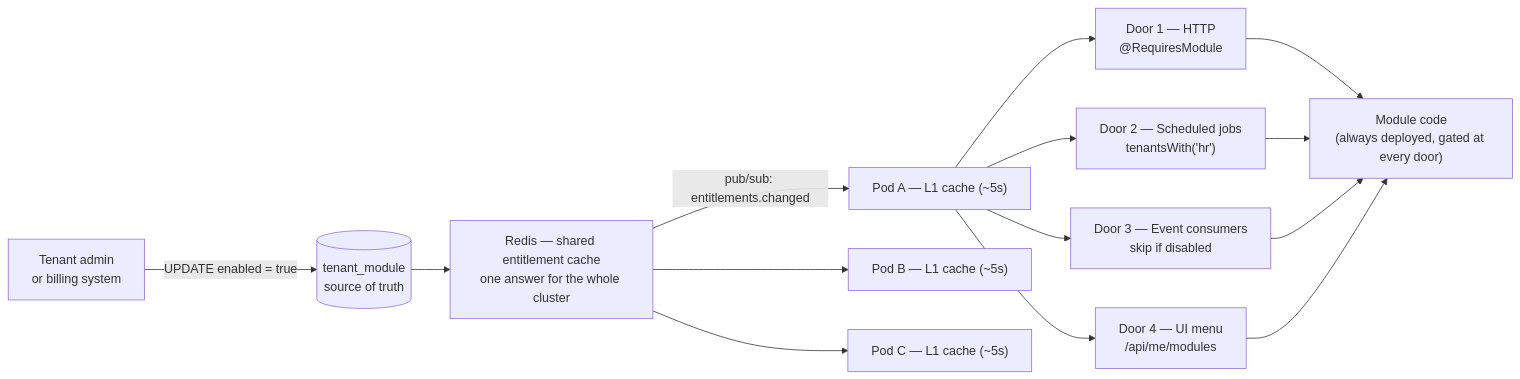
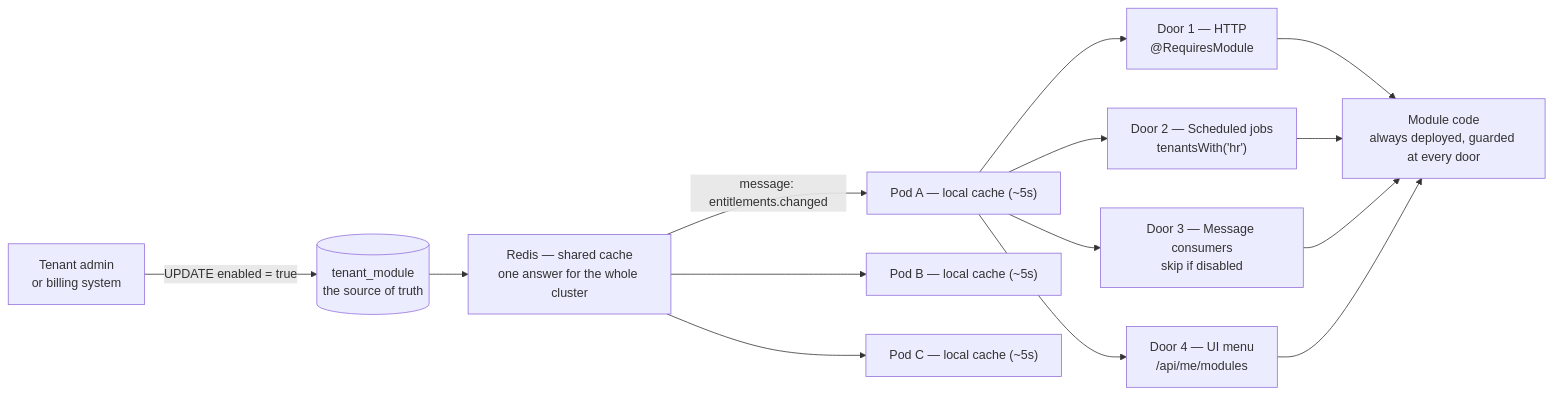
Before and after one commit to novrian/tnemsessa-aisaytirgetni: the second of 3 diagrams in part-1/README.md, drawn with Mermaid. The commit also changed other lines of this file and 1 other file, not shown here.

````diff
--- a/part-1/README.md
+++ b/part-1/README.md
@@ -250,18 +282,18 @@
 ```mermaid
 flowchart LR
-    ADM["Tenant admin<br/>or billing system"] -->|"UPDATE enabled = true"| TM[("tenant_module<br/>source of truth")]
-    TM --> L2["Redis — shared entitlement cache<br/>one answer for the whole cluster"]
-    L2 -->|"pub/sub: entitlements.changed"| L1A["Pod A — L1 cache (~5s)"]
-    L2 --> L1B["Pod B — L1 cache (~5s)"]
-    L2 --> L1C["Pod C — L1 cache (~5s)"]
+    ADM["Tenant admin<br/>or billing system"] -->|"UPDATE enabled = true"| TM[("tenant_module<br/>the source of truth")]
+    TM --> L2["Redis — shared cache<br/>one answer for the whole cluster"]
+    L2 -->|"message: entitlements.changed"| L1A["Pod A — local cache (~5s)"]
+    L2 --> L1B["Pod B — local cache (~5s)"]
+    L2 --> L1C["Pod C — local cache (~5s)"]
 
     L1A --> D1["Door 1 — HTTP<br/>@RequiresModule"]
     L1A --> D2["Door 2 — Scheduled jobs<br/>tenantsWith('hr')"]
-    L1A --> D3["Door 3 — Event consumers<br/>skip if disabled"]
+    L1A --> D3["Door 3 — Message consumers<br/>skip if disabled"]
     L1A --> D4["Door 4 — UI menu<br/>/api/me/modules"]
 
-    D1 --> APP["Module code<br/>(always deployed, gated at every door)"]
+    D1 --> APP["Module code<br/>always deployed, guarded at every door"]
     D2 --> APP
     D3 --> APP
     D4 --> APP
 ```
````
